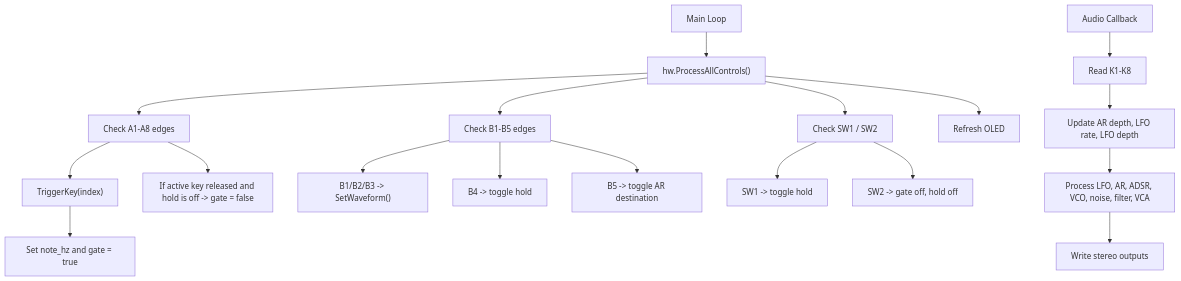
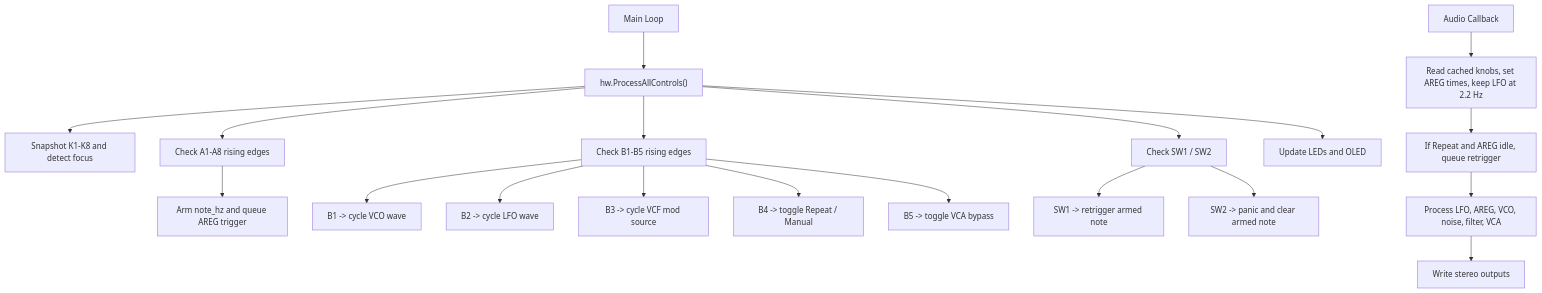
The sixth of 7 diagrams in MyProjects/_projects/Field_MFOS_NoiseToaster/DIAGRAMS.md (Denys/DaisyExamples), drawn with Mermaid before and after one commit. The commit also changed other lines of this file and 33 other files, not shown here.

````diff
--- a/MyProjects/_projects/Field_MFOS_NoiseToaster/DIAGRAMS.md
+++ b/MyProjects/_projects/Field_MFOS_NoiseToaster/DIAGRAMS.md
@@ -132,24 +143,23 @@
 ```mermaid
 flowchart TD
     LOOP["Main Loop"] --> PROC["hw.ProcessAllControls()"]
-    PROC --> AROW["Check A1-A8 edges"]
-    PROC --> BROW["Check B1-B5 edges"]
+    PROC --> KNOBS["Snapshot K1-K8 and detect focus"]
+    PROC --> AROW["Check A1-A8 rising edges"]
+    PROC --> BROW["Check B1-B5 rising edges"]
     PROC --> SWITCH["Check SW1 / SW2"]
-    PROC --> OLED["Refresh OLED"]
+    PROC --> UI["Update LEDs and OLED"]
 
-    AROW --> NOTEON["TriggerKey(index)"]
-    NOTEON --> GATE["Set note_hz and gate = true"]
-    AROW --> NOTEOFF["If active key released and hold is off -> gate = false"]
+    AROW --> NOTEON["Arm note_hz and queue AREG trigger"]
+    BROW --> B1["B1 -> cycle VCO wave"]
+    BROW --> B2["B2 -> cycle LFO wave"]
+    BROW --> B3["B3 -> cycle VCF mod source"]
+    BROW --> B4["B4 -> toggle Repeat / Manual"]
+    BROW --> B5["B5 -> toggle VCA bypass"]
+    SWITCH --> SW1["SW1 -> retrigger armed note"]
+    SWITCH --> SW2["SW2 -> panic and clear armed note"]
 
-    BROW --> WAVE["B1/B2/B3 -> SetWaveform()"]
-    BROW --> HOLD["B4 -> toggle hold"]
-    BROW --> ROUTE["B5 -> toggle AR destination"]
-
-    SWITCH --> SWHOLD["SW1 -> toggle hold"]
-    SWITCH --> PANIC["SW2 -> gate off, hold off"]
-
-    AUDIO["Audio Callback"] --> KNOBS["Read K1-K8"]
-    KNOBS --> MOD["Update AR depth, LFO rate, LFO depth"]
-    MOD --> DSP["Process LFO, AR, ADSR, VCO, noise, filter, VCA"]
+    AUDIO["Audio Callback"] --> PARAMS["Read cached knobs, set AREG times, keep LFO at 2.2 Hz"]
+    PARAMS --> REP["If Repeat and AREG idle, queue retrigger"]
+    REP --> DSP["Process LFO, AREG, VCO, noise, filter, VCA"]
     DSP --> OUT["Write stereo outputs"]
 ```
````
